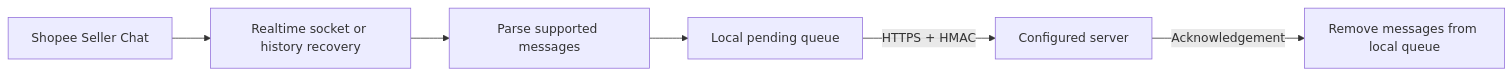
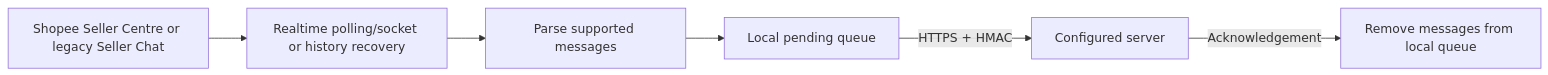
Before and after one commit to kaojai-ai/omnichat-bridge: the diagram in docs/providers/shopee.md, drawn with Mermaid. The commit also changed other lines of this file and 14 other files, not shown here.

Commit message:
feat(omnichat): support Shopee Seller Centre chat

````diff
--- a/docs/providers/shopee.md
+++ b/docs/providers/shopee.md
@@ -25,8 +33,8 @@
 ```mermaid
 flowchart LR
-    A["Shopee Seller Chat"] --> B["Realtime socket or history recovery"]
+    A["Shopee Seller Centre or legacy Seller Chat"] --> B["Realtime polling/socket or history recovery"]
     B --> C["Parse supported messages"]
     C --> D["Local pending queue"]
     D -->|"HTTPS + HMAC"| E["Configured server"]
     E -->|"Acknowledgement"| F["Remove messages from local queue"]
 ```
````
